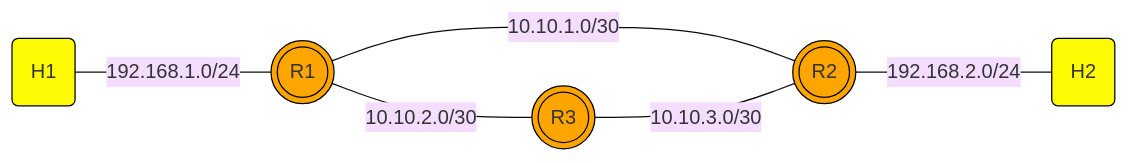
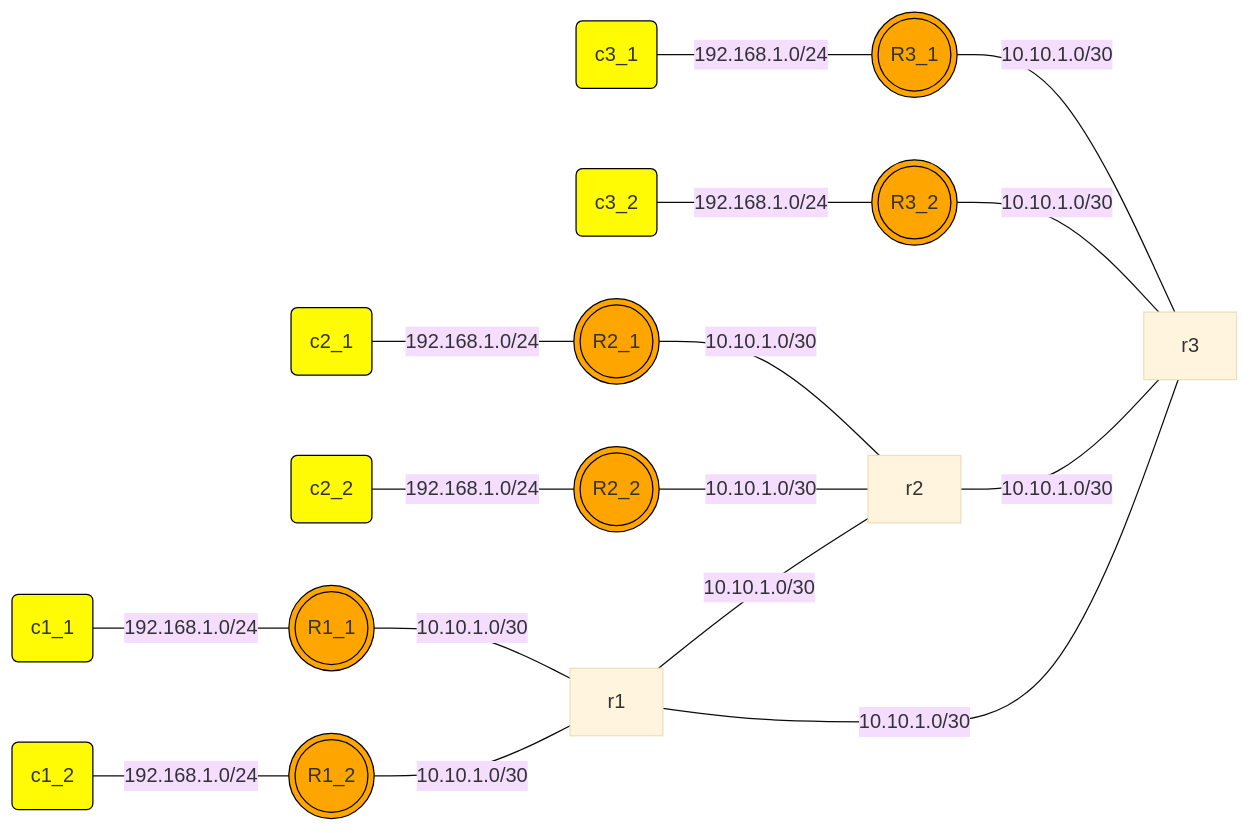
Before and after one commit to Ibets/project-JARKOMLAN: the diagram in OSPF/README.MD, drawn with Mermaid (base theme). The commit also changed other lines of this file, not shown here.

````diff
--- a/OSPF/README.MD
+++ b/OSPF/README.MD
@@ -26,23 +3,47 @@
 ```mermaid
 graph LR;
 %%Colors
 
 classDef host fill:#fffb05, stroke:#000000;
 classDef switch fill:#1fd655, stroke:#000000;
 classDef router fill:#ffa500, stroke:#000000;
 
 %%element
-h1(H1):::host
-r1(((R1))):::router
-r2(((R2))):::router
-r3(((R3))):::router
-h2(H2):::host
+c1_1(c1_1):::host
+c1_2(c1_2):::host
+c2_1(c2_1):::host
+c2_2(c2_2):::host
+c3_1(c3_1):::host
+c3_2(c3_2):::host
+r1_1(((R1_1))):::router
+r1_2(((R1_2))):::router
+r2_1(((R2_1))):::router
+r2_2(((R2_2))):::router
+r3_1(((R3_1))):::router
+r3_2(((R3_2))):::router
+
 
 %%connectivity
-h1 -- 192.168.1.0/24 --- r1
+
+c1_1 -- 192.168.1.0/24 --- r1_1
+c1_2 -- 192.168.1.0/24 --- r1_2
+
+c2_1 -- 192.168.1.0/24 --- r2_1
+c2_2 -- 192.168.1.0/24 --- r2_2
+
+c3_1 -- 192.168.1.0/24 --- r3_1
+c3_2 -- 192.168.1.0/24 --- r3_2
+
+r1_1 -- 10.10.1.0/30 --- r1
+r1_2 -- 10.10.1.0/30 --- r1
+
+r2_1 -- 10.10.1.0/30 --- r2
+r2_2 -- 10.10.1.0/30 --- r2
+
+r3_1 -- 10.10.1.0/30 --- r3
+r3_2 -- 10.10.1.0/30 --- r3
+
 r1 -- 10.10.1.0/30 --- r2
-r1 -- 10.10.2.0/30 --- r3
-r3 -- 10.10.3.0/30 --- r2
-r2 -- 192.168.2.0/24 --- h2
-
+r1 -- 10.10.1.0/30 --- r3
+r2 -- 10.10.1.0/30 --- r3
 ```
````
